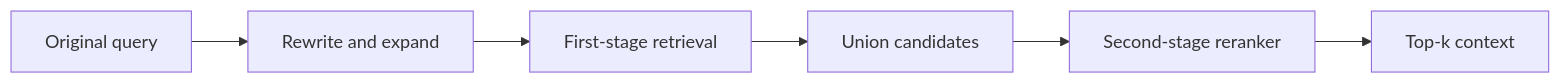
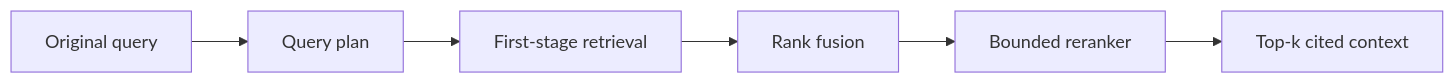
One commit to mahsa-teimourikia/awesome-rag changed the first of 2 diagrams in curriculum/intermediate/03-query-reranking/README.md. Above: the diagram before and after it, drawn with Mermaid. The commit also changed other lines of this file and 1 other file, not shown here.

Commit message:
docs: deepen query reranking training

````diff
--- a/curriculum/intermediate/03-query-reranking/README.md
+++ b/curriculum/intermediate/03-query-reranking/README.md
@@ -15,8 +17,8 @@
 ```mermaid
 flowchart LR
-  Q[Original query] --> W[Rewrite and expand]
-  W --> R[First-stage retrieval]
-  R --> U[Union candidates]
-  U --> X[Second-stage reranker]
-  X --> K[Top-k context]
+  Q[Original query] --> P[Query plan]
+  P --> R[First-stage retrieval]
+  R --> F[Rank fusion]
+  F --> X[Bounded reranker]
+  X --> K[Top-k cited context]
 ```
````
